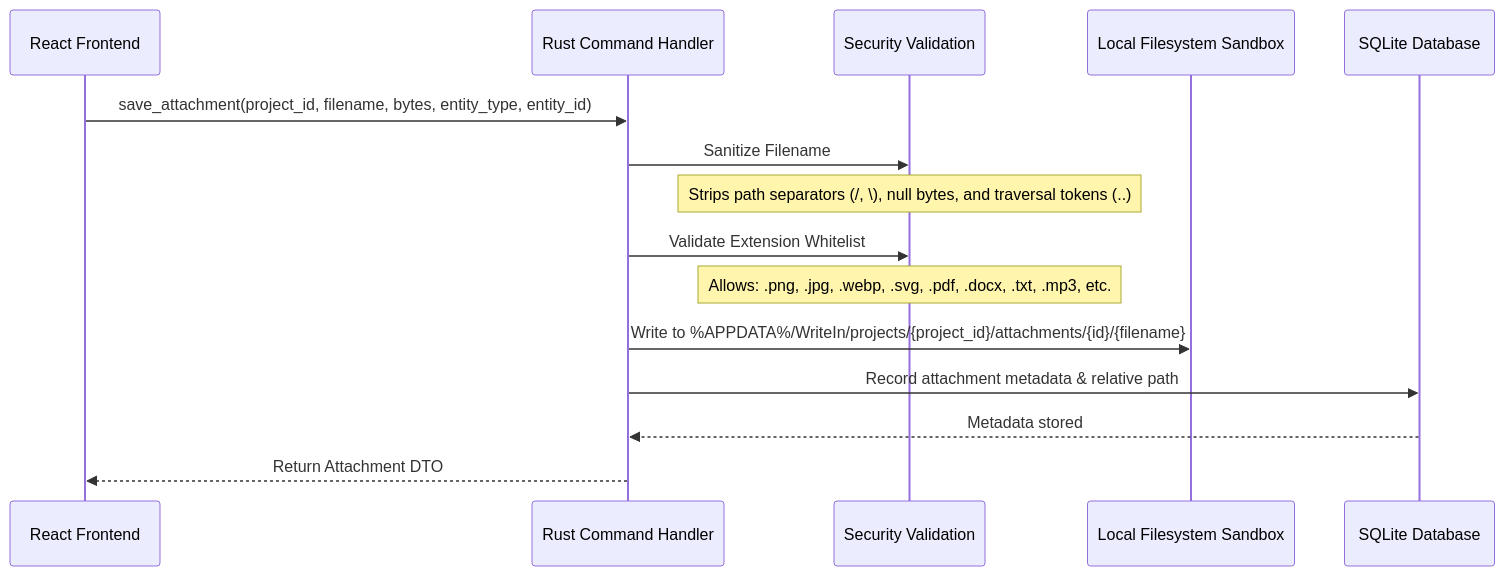
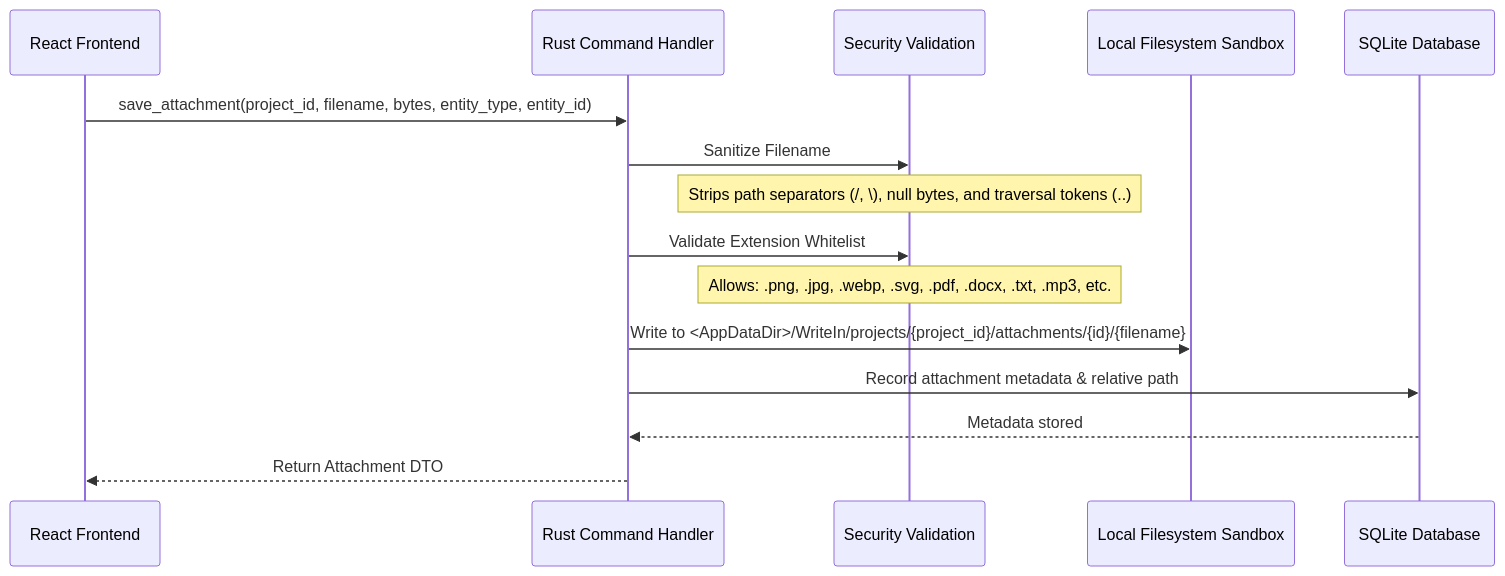
The second of 3 diagrams in docs/ARCHITECTURE.md (carlodandan/writein), drawn with Mermaid before and after one commit. The commit also changed other lines of this file and 9 other files, not shown here.

````diff
--- a/docs/ARCHITECTURE.md
+++ b/docs/ARCHITECTURE.md
@@ -161,18 +162,18 @@
 ```mermaid
 sequenceDiagram
     participant UI as React Frontend
     participant Rust as Rust Command Handler
     participant Sec as Security Validation
     participant FS as Local Filesystem Sandbox
     participant DB as SQLite Database
 
     UI->>Rust: save_attachment(project_id, filename, bytes, entity_type, entity_id)
     Rust->>Sec: Sanitize Filename
     Note over Sec: Strips path separators (/, \), null bytes, and traversal tokens (..)
     Rust->>Sec: Validate Extension Whitelist
     Note over Sec: Allows: .png, .jpg, .webp, .svg, .pdf, .docx, .txt, .mp3, etc.
-    Rust->>FS: Write to %APPDATA%/WriteIn/projects/{project_id}/attachments/{id}/{filename}
+    Rust->>FS: Write to <AppDataDir>/WriteIn/projects/{project_id}/attachments/{id}/{filename}
     Rust->>DB: Record attachment metadata & relative path
     DB-->>Rust: Metadata stored
     Rust-->>UI: Return Attachment DTO
 ```
````
